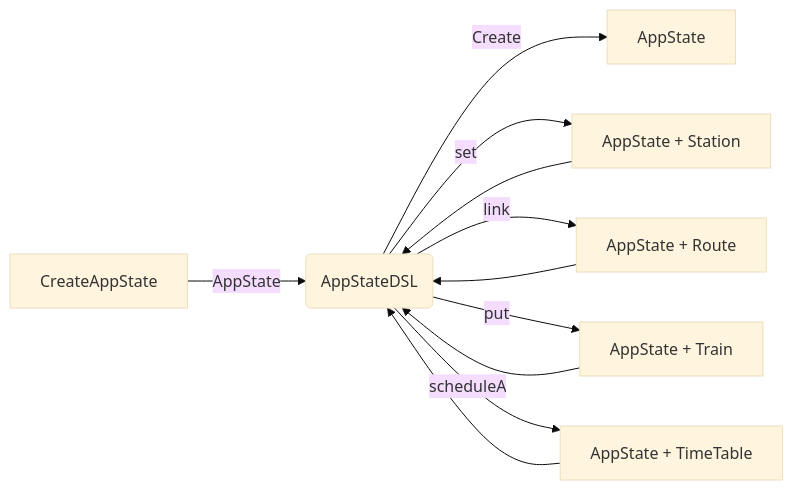
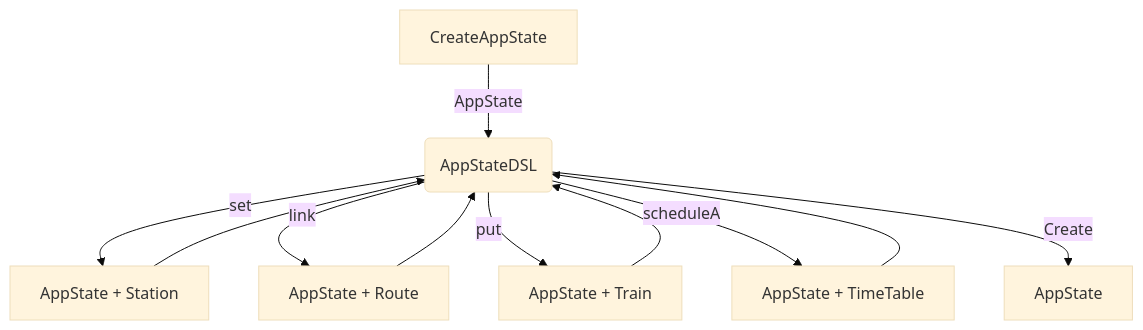
The diagram in docs/report/5-impl-buizo.md (dev-pps/pps-23-ulisse), drawn with Mermaid (base theme) before and after one commit. The commit also changed other lines of this file and 1 other file, not shown here.

````diff
--- a/docs/report/5-impl-buizo.md
+++ b/docs/report/5-impl-buizo.md
@@ -138,13 +138,13 @@
 ```mermaid
-flowchart LR
+flowchart TB
     A[CreateAppState] -->|AppState| B(AppStateDSL)
-    B -->|Create| AppState
     B -->|set| D[AppState + Station]
     B -->|link| E[AppState + Route]
     B -->|put| F[AppState + Train]
     B -->|scheduleA| G[AppState + TimeTable]
     D --> B
     E --> B
     F --> B
     G --> B
+    B -->|Create| AppState
 ```
````
